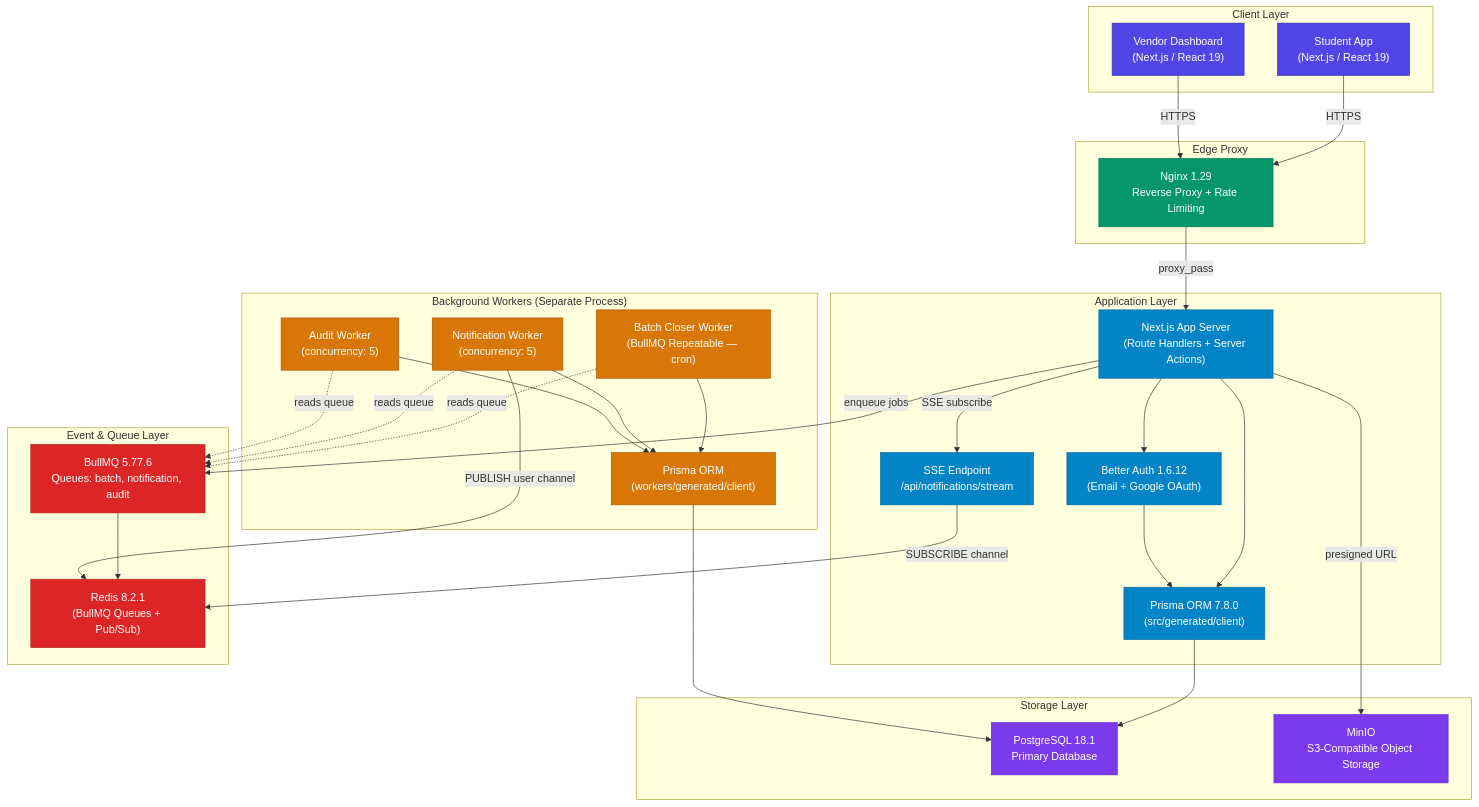
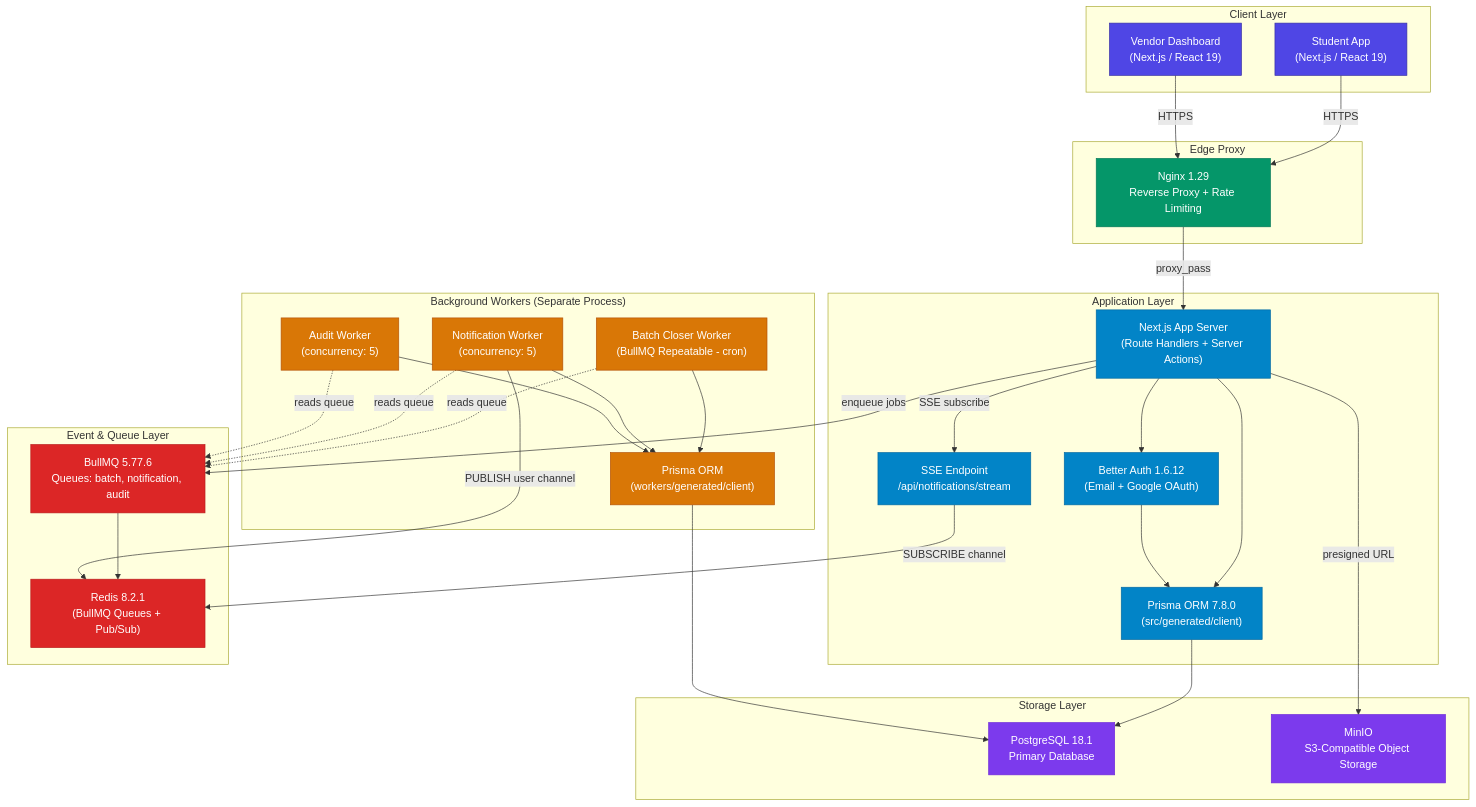
One commit to coding-pundit-nitap/campus-connect changed the first of 6 diagrams in ARCHITECTURE.md. Above: the diagram before and after it, drawn with Mermaid. The commit also changed other lines of this file and 55 other files, not shown here.

````diff
--- a/ARCHITECTURE.md
+++ b/ARCHITECTURE.md
@@ -34,70 +34,70 @@
 ```mermaid
 graph TD
     subgraph ClientLayer["Client Layer"]
         SA["Student App\n(Next.js / React 19)"]
         VD["Vendor Dashboard\n(Next.js / React 19)"]
     end
 
     subgraph EdgeProxy["Edge Proxy"]
         NG["Nginx 1.29\nReverse Proxy + Rate Limiting"]
     end
 
     subgraph AppLayer["Application Layer"]
         NS["Next.js App Server\n(Route Handlers + Server Actions)"]
         BA["Better Auth 1.6.12\n(Email + Google OAuth)"]
         PR["Prisma ORM 7.8.0\n(src/generated/client)"]
         SSE["SSE Endpoint\n/api/notifications/stream"]
     end
 
     subgraph WorkerLayer["Background Workers (Separate Process)"]
-        BC["Batch Closer Worker\n(BullMQ Repeatable — cron)"]
+        BC["Batch Closer Worker\n(BullMQ Repeatable - cron)"]
         NW["Notification Worker\n(concurrency: 5)"]
         AW["Audit Worker\n(concurrency: 5)"]
         WPR["Prisma ORM\n(workers/generated/client)"]
     end
 
     subgraph QueueLayer["Event & Queue Layer"]
         RD["Redis 8.2.1\n(BullMQ Queues + Pub/Sub)"]
         BQ["BullMQ 5.77.6\nQueues: batch, notification, audit"]
     end
 
     subgraph StorageLayer["Storage Layer"]
         PG["PostgreSQL 18.1\nPrimary Database"]
         MN["MinIO\nS3-Compatible Object Storage"]
     end
 
     SA -->|HTTPS| NG
     VD -->|HTTPS| NG
     NG -->|proxy_pass| NS
     NS --> BA
     NS --> PR
     NS -->|enqueue jobs| BQ
     NS -->|SSE subscribe| SSE
     SSE -->|SUBSCRIBE channel| RD
     BA --> PR
     PR --> PG
     BQ --> RD
     BC --> WPR
     NW --> WPR
     AW --> WPR
     NW -->|PUBLISH user channel| RD
     WPR --> PG
     BC -.->|reads queue| BQ
     NW -.->|reads queue| BQ
     AW -.->|reads queue| BQ
     NS -->|presigned URL| MN
 
     classDef client fill:#4F46E5,color:#fff,stroke:#3730A3
     classDef entry fill:#059669,color:#fff,stroke:#047857
     classDef compute fill:#0284C7,color:#fff,stroke:#0369A1
     classDef worker fill:#D97706,color:#fff,stroke:#B45309
     classDef state fill:#DC2626,color:#fff,stroke:#B91C1C
     classDef storage fill:#7C3AED,color:#fff,stroke:#6D28D9
 
     class SA,VD client
     class NG entry
     class NS,BA,PR,SSE compute
     class BC,NW,AW,WPR worker
     class RD,BQ state
     class PG,MN storage
 ```
````
